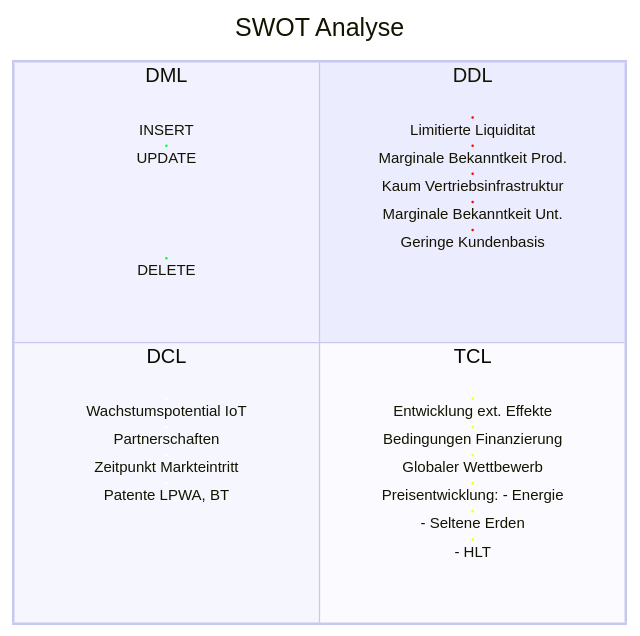
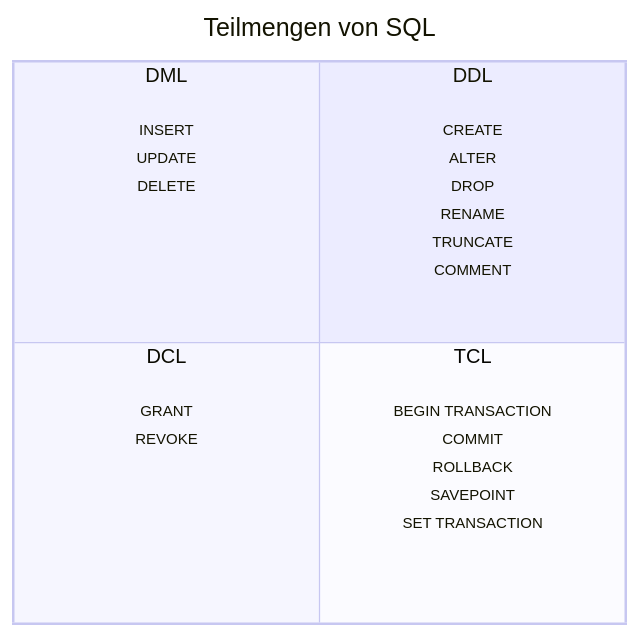
One commit to nevsglueckauf/2doList changed the diagram in doq/sql2.md. Above: the diagram before and after it, drawn with Mermaid. The commit also changed 2 other files, not shown here.

Commit message:
Adding Foo

````diff
--- a/doq/sql2.md
+++ b/doq/sql2.md
@@ -3,43 +3,42 @@
 ``` mermaid
 %%{init: "quadrantChart": {"chartWidth": 1650, "chartHeight": 700}, 
          "themeVariables": {"quadrant1TextFill": "#ff0000",
                             "quadrant3TextFill": "#00ff00",
                             "quadrant3TextFill": "#ff0000",
                             "quadrant4TextFill": "#ff00ff",
                             "fillType0": "#ff00f0",
                             "fillType1": "#0000f0",
          } 
          
          
          }%%
 quadrantChart
-    title SWOT Analyse
+    title Teilmengen von SQL
     quadrant-1 DDL 
     quadrant-2 DML
     quadrant-3 DCL
     quadrant-4 TCL
     
-    "INSERT": [0.25, 0.9] color: #00ff33, radius: 0
-    UPDATE: [0.25, 0.85] color:  #00ff33, radius: 1
-    DELETE: [0.25, 0.65] color:  #00ff33, radius: 1
+    INSERT: [0.25, 0.9] color: #00ff33, radius: 0
+    UPDATE: [0.25, 0.85] color:  #00ff33, radius: 0
+    DELETE: [0.25, 0.80] color:  #00ff33, radius: 0
 
-    Limitierte Liquiditat: [0.75, 0.9] color:  #ff0000, radius: 1
-    Marginale Bekanntkeit Prod. : [0.75, 0.85] color:  #ff0000, radius: 1
-    Kaum Vertriebsinfrastruktur: [0.75, 0.8] color:  #ff0000, radius: 1
-    Marginale Bekanntkeit Unt. : [0.75, 0.75] color:  #ff0000, radius: 1
-    Geringe Kundenbasis : [0.75, 0.7] color:  #ff0000, radius: 1
+    CREATE: [0.75, 0.9] color:  #ff0000, radius: 0
+    ALTER : [0.75, 0.85] color:  #ff0000, radius: 0
+    DROP: [0.75, 0.8] color:  #ff0000, radius: 0
+    RENAME : [0.75, 0.75] color:  #ff0000, radius: 0
+    TRUNCATE : [0.75, 0.7] color:  #ff0000, radius: 0
+    COMMENT : [0.75, 0.65] color:  #ff0000, radius: 0
 
-    Wachstumspotential IoT: [0.25, 0.4] color: #ffffff,  radius: 1
-    Partnerschaften : [0.25, 0.35] color: #ffffff,  radius: 1
-    Zeitpunkt Markteintritt: [0.25, 0.3] color: #ffffff,  radius: 1
-    Patente  LPWA, BT: [0.25, 0.25] color: #ffffff,  radius: 1
+
+    GRANT : [0.25, 0.4] color: #ffffff,  radius: 0
+    REVOKE: [0.25, 0.35] color: #ffffff,  radius: 0
     
     
-    Entwicklung ext. Effekte: [0.75, 0.4] color: #ffff00, radius: 1
-    Bedingungen Finanzierung : [0.75, 0.35] color: #ffff00,  radius: 1
-    Globaler Wettbewerb: [0.75, 0.3] color: #ffff00,  radius: 1
-    "Preisentwicklung: - Energie": [0.75, 0.25] color: #ffff00,  radius: 1
-    "- Seltene Erden": [0.75, 0.2] color: #ffff00, radius: 1
-    "- HLT": [0.75, 0.15] color: #ffff00, radius: 1
+    BEGIN TRANSACTION: [0.75, 0.4] color: #ffff00, radius: 0
+    COMMIT : [0.75, 0.35] color: #ffff00,  radius: 0
+    ROLLBACK: [0.75, 0.3] color: #ffff00,  radius: 0
+    SAVEPOINT : [0.75, 0.25] color: #ffff00,  radius: 0
+    SET TRANSACTION: [0.75, 0.2] color: #ffff00, radius: 0
 
 ```
````
